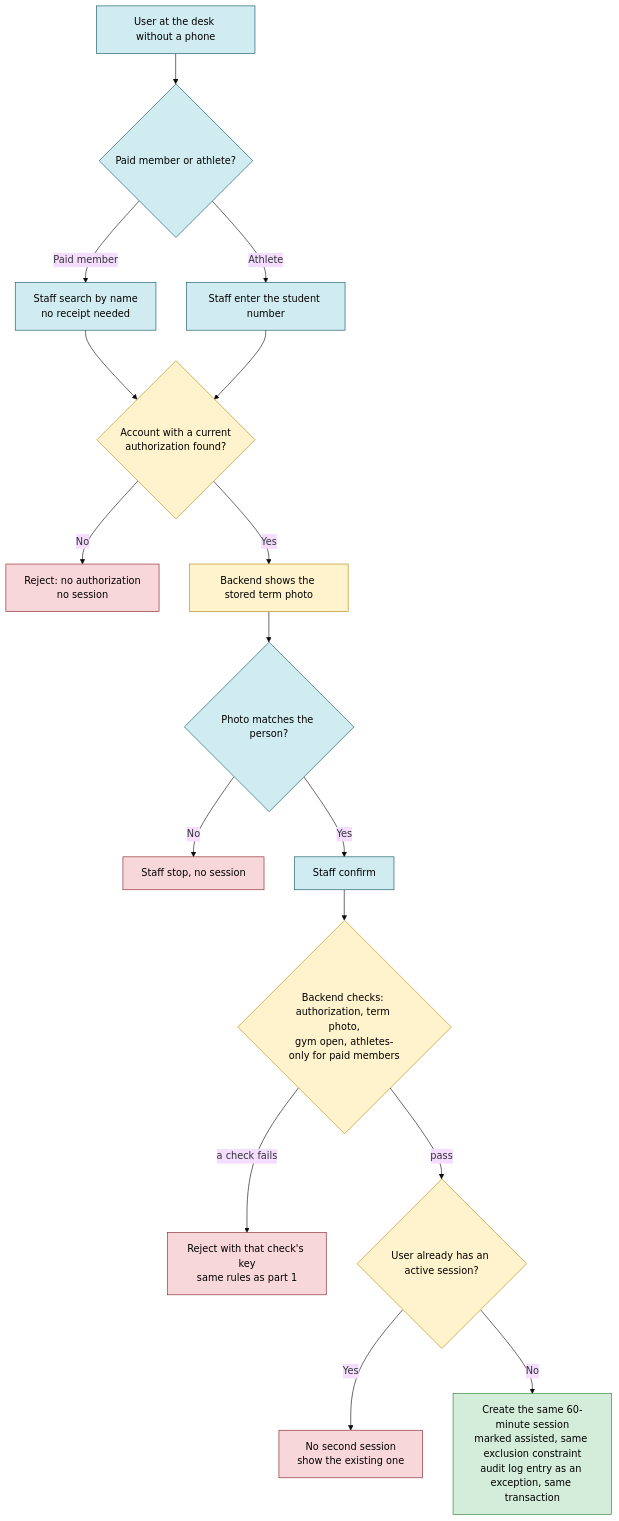
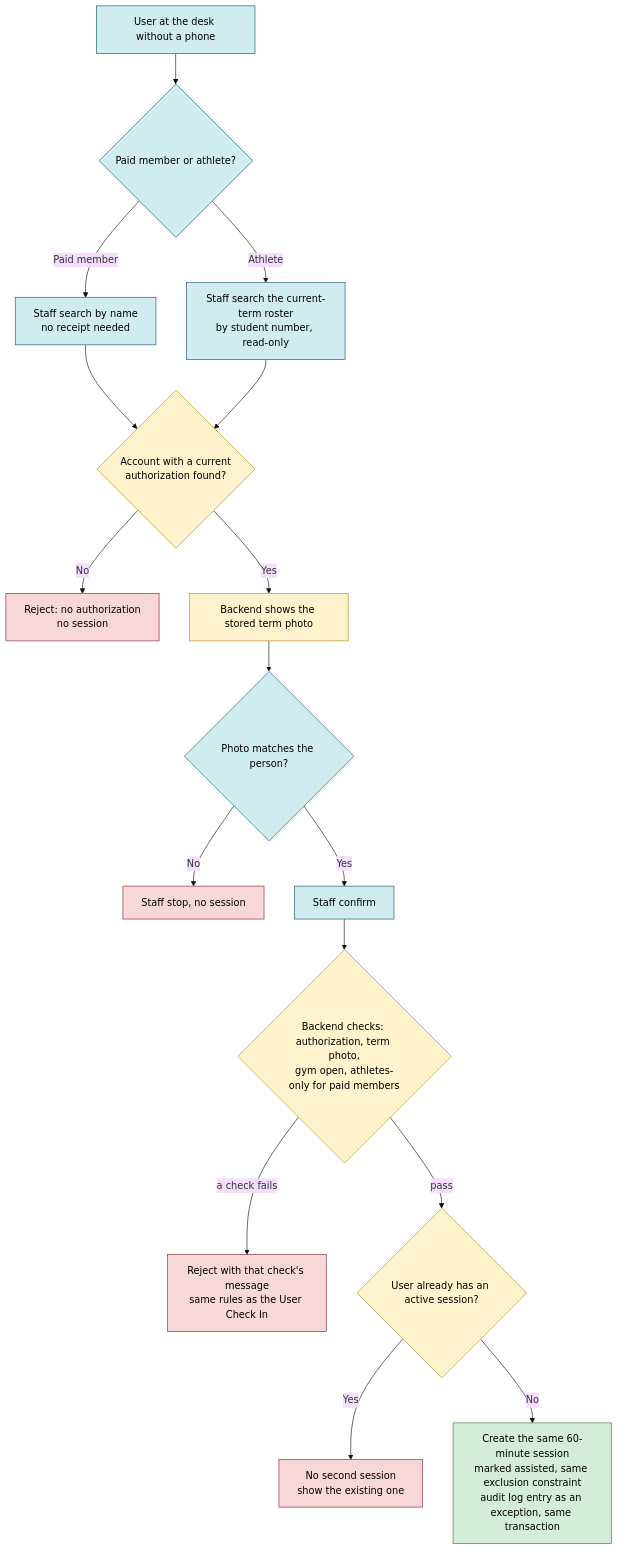
The fifth of 10 diagrams in docs/design/check-in-flows.md (Th3-Minorities/natatorio-gym-app), drawn with Mermaid (base theme) before and after one commit. The commit also changed other lines of this file, not shown here.

Commit message:
Let Staff check the roster during Check In verification

````diff
--- a/docs/design/check-in-flows.md
+++ b/docs/design/check-in-flows.md
@@ -148,27 +164,27 @@
 ```mermaid
 flowchart TD
   A["User at the desk without a phone"] --> T{"Paid member or athlete?"}
   T -- "Paid member" --> N["Staff search by name<br/>no receipt needed"]
-  T -- "Athlete" --> SN["Staff enter the student number"]
+  T -- "Athlete" --> SN["Staff search the current-term roster<br/>by student number, read-only"]
   N --> F{"Account with a current<br/>authorization found?"}
   SN --> F
   F -- "No" --> X1["Reject: no authorization<br/>no session"]
   F -- "Yes" --> PH["Backend shows the stored term photo"]
   PH --> M{"Photo matches the person?"}
   M -- "No" --> X2["Staff stop, no session"]
   M -- "Yes" --> C["Staff confirm"]
   C --> RC{"Backend checks: authorization, term photo,<br/>gym open, athletes-only for paid members"}
-  RC -- "a check fails" --> X3["Reject with that check's key<br/>same rules as part 1"]
+  RC -- "a check fails" --> X3["Reject with that check's message<br/>same rules as the User Check In"]
   RC -- "pass" --> AS{"User already has an active session?"}
   AS -- "Yes" --> X4["No second session<br/>show the existing one"]
   AS -- "No" --> OK["Create the same 60-minute session<br/>marked assisted, same exclusion constraint<br/>audit log entry as an exception, same transaction"]
 
   classDef staff fill:#d1ecf1,stroke:#0c5460,color:#000
   classDef back fill:#fff3cd,stroke:#b8860b,color:#000
   classDef reject fill:#f8d7da,stroke:#842029,color:#000
   classDef ok fill:#d4edda,stroke:#2e7d32,color:#000
   class A,T,N,SN,M,C staff
   class F,PH,RC,AS back
   class X1,X2,X3,X4 reject
   class OK ok
 ```
````
